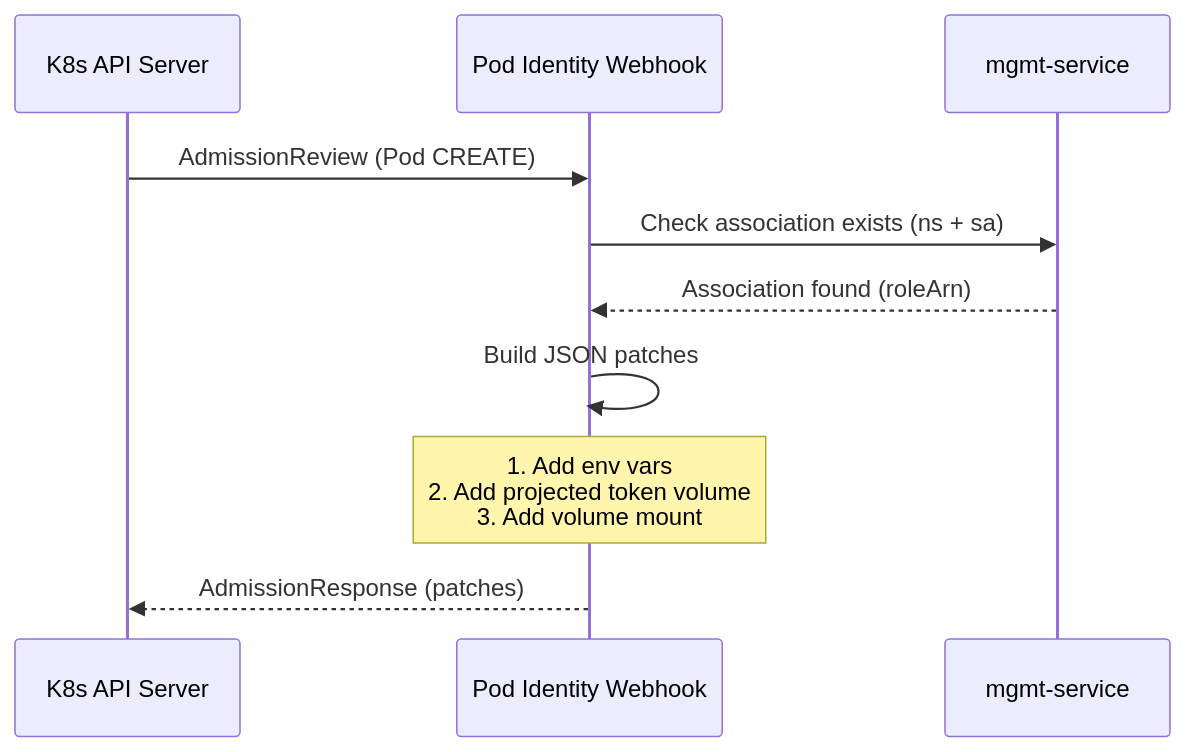
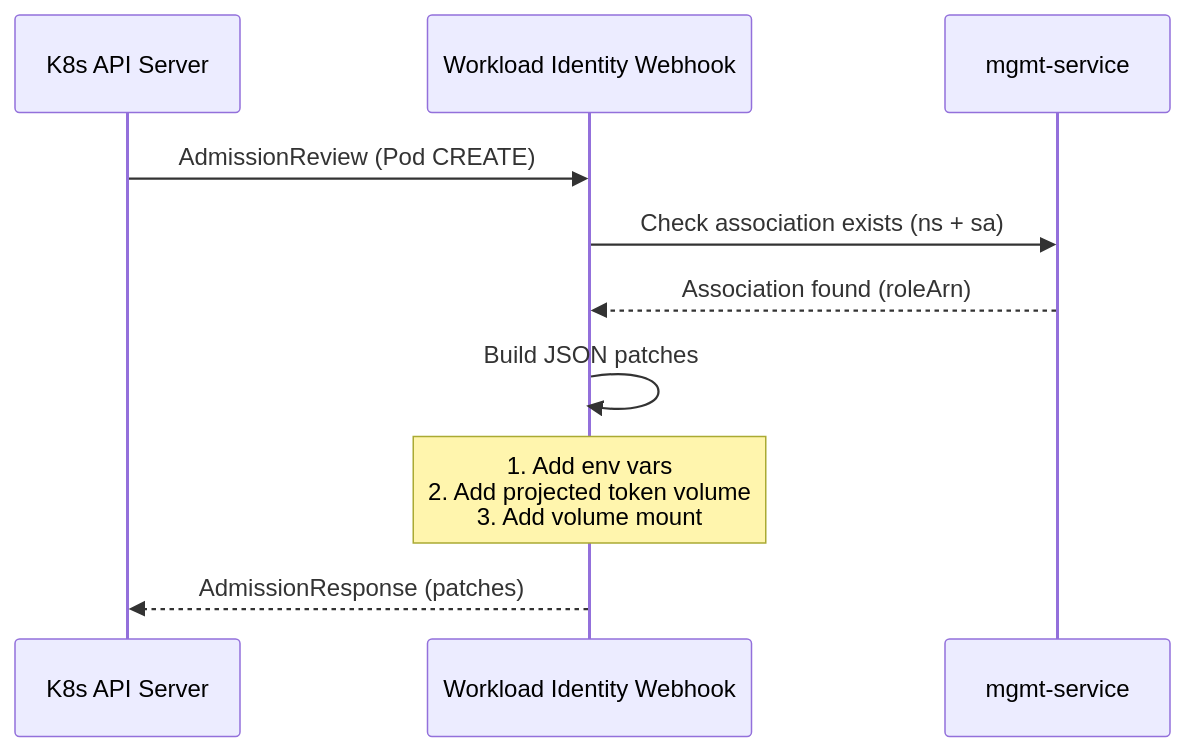
The sixth of 8 diagrams in .agents/summary/workflows.md (plasticity-of-cloud/express-compute-control-plane), drawn with Mermaid before and after one commit. The commit also changed other lines of this file and 60 other files, not shown here.

````diff
--- a/.agents/summary/workflows.md
+++ b/.agents/summary/workflows.md
@@ -127,13 +127,13 @@
 ```mermaid
 sequenceDiagram
     participant K8s as K8s API Server
-    participant WH as Pod Identity Webhook
+    participant WH as Workload Identity Webhook
     participant Lambda as mgmt-service
 
     K8s->>WH: AdmissionReview (Pod CREATE)
     WH->>Lambda: Check association exists (ns + sa)
     Lambda-->>WH: Association found (roleArn)
     WH->>WH: Build JSON patches
     Note over WH: 1. Add env vars<br/>2. Add projected token volume<br/>3. Add volume mount
     WH-->>K8s: AdmissionResponse (patches)
 ```
````
